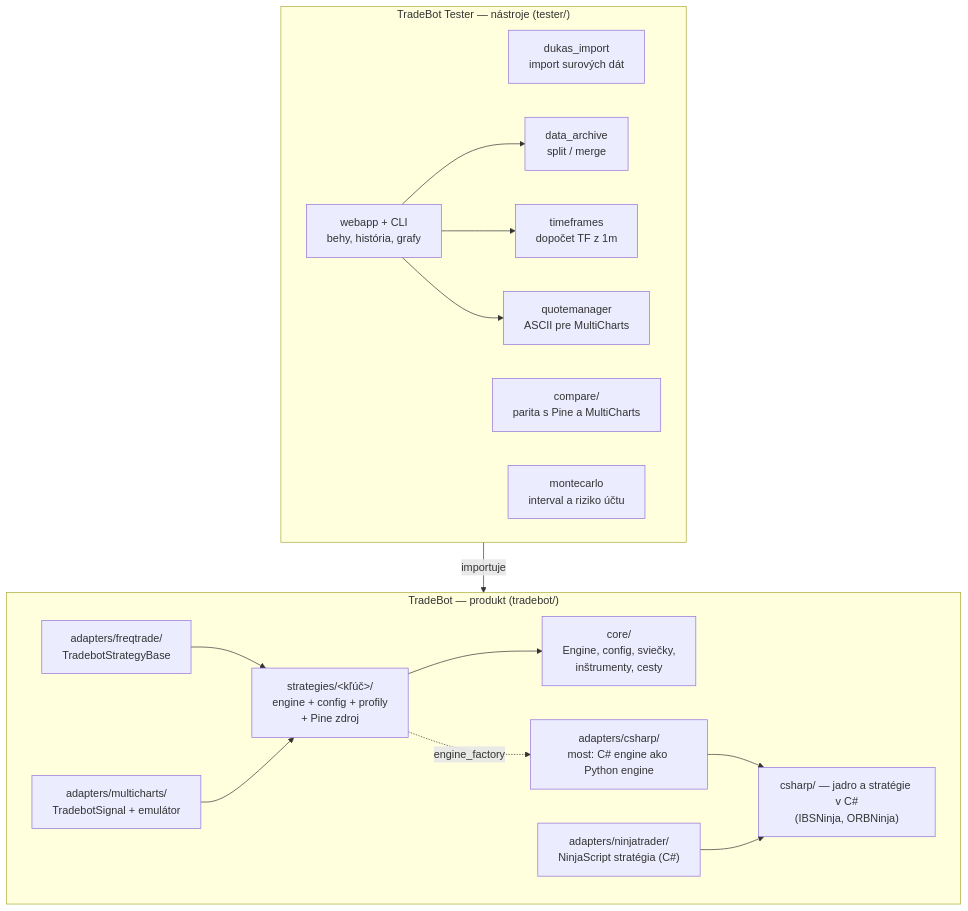
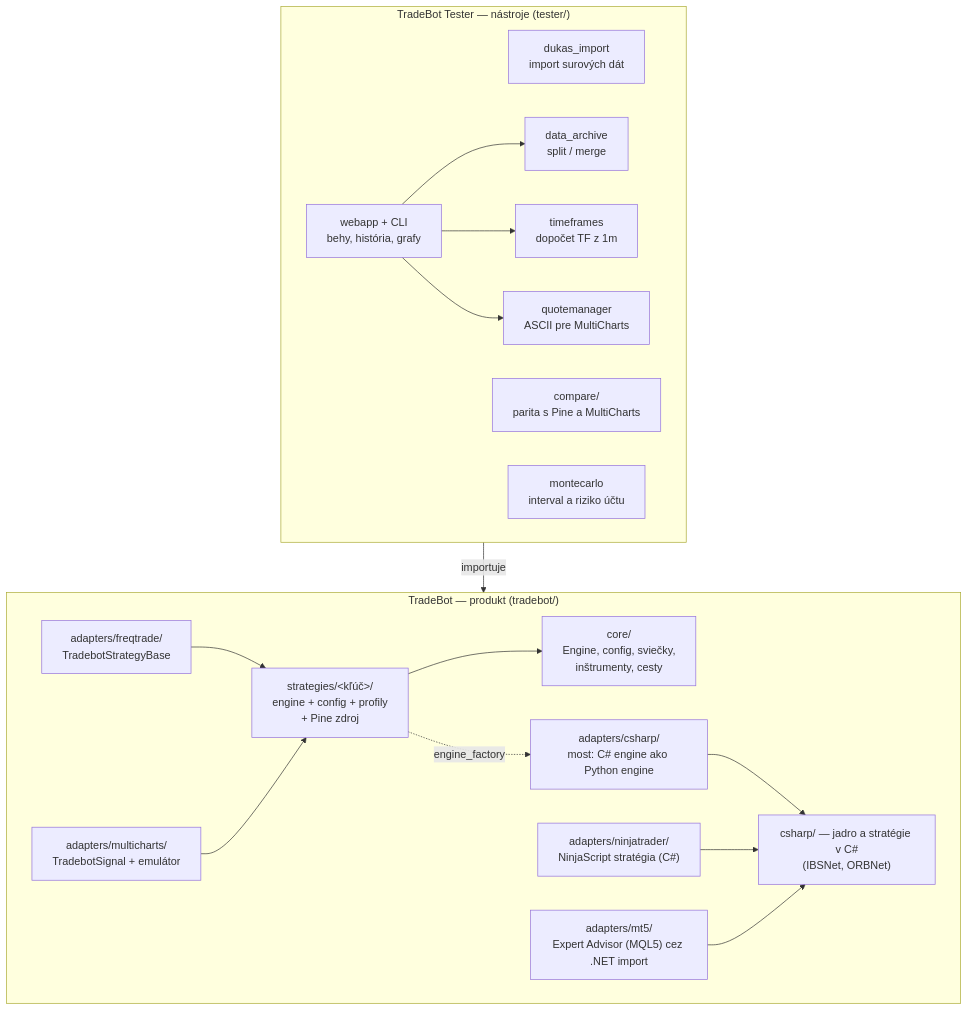
Before and after one commit to materko/imbalance_strategy: the first of 3 diagrams in docs/ARCHITEKTURA.md, drawn with Mermaid. The commit also changed 124 other files, not shown here.

````diff
--- a/docs/ARCHITEKTURA.md
+++ b/docs/ARCHITEKTURA.md
@@ -12,33 +12,35 @@
 ```mermaid
 flowchart TB
     subgraph P["TradeBot — produkt (tradebot/)"]
         core["core/<br/>Engine, config, sviečky,<br/>inštrumenty, cesty"]
         strat["strategies/&lt;kľúč&gt;/<br/>engine + config + profily<br/>+ Pine zdroj"]
         ft["adapters/freqtrade/<br/>TradebotStrategyBase"]
         mc["adapters/multicharts/<br/>TradebotSignal + emulátor"]
-        cs["csharp/ — jadro a stratégie v C#<br/>(IBSNinja, ORBNinja)"]
+        cs["csharp/ — jadro a stratégie v C#<br/>(IBSNet, ORBNet)"]
         bridge["adapters/csharp/<br/>most: C# engine ako Python engine"]
         nt["adapters/ninjatrader/<br/>NinjaScript stratégia (C#)"]
+        mt5["adapters/mt5/<br/>Expert Advisor (MQL5) cez .NET import"]
         strat --> core
         ft --> strat
         mc --> strat
         strat -.->|"engine_factory"| bridge
         bridge --> cs
         nt --> cs
+        mt5 --> cs
     end
 
     subgraph T["TradeBot Tester — nástroje (tester/)"]
         imp["dukas_import<br/>import surových dát"]
         arch["data_archive<br/>split / merge"]
         tf["timeframes<br/>dopočet TF z 1m"]
         qm["quotemanager<br/>ASCII pre MultiCharts"]
         web["webapp + CLI<br/>behy, história, grafy"]
         cmp["compare/<br/>parita s Pine a MultiCharts"]
         mcarlo["montecarlo<br/>interval a riziko účtu"]
     end
 
     T -->|"importuje"| P
     web --> arch
     web --> tf
     web --> qm
 ```
````
